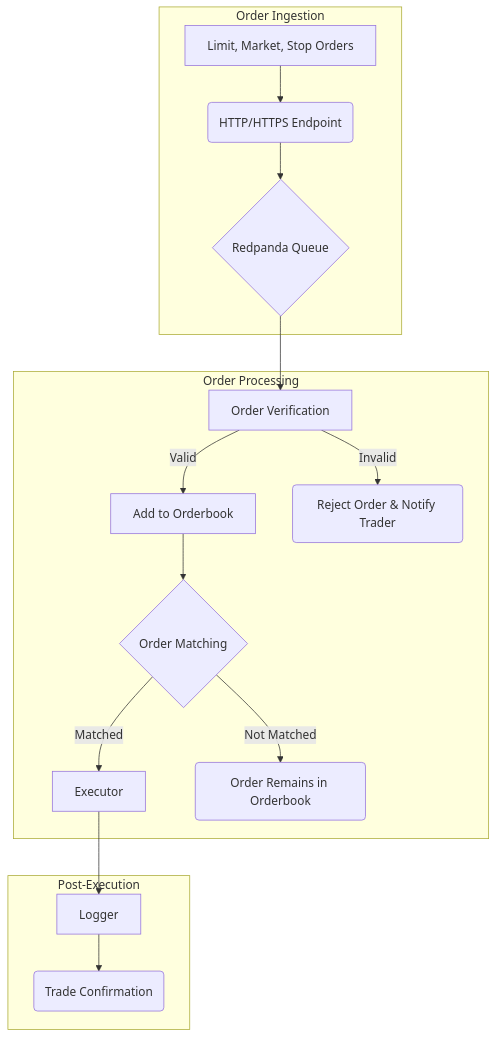
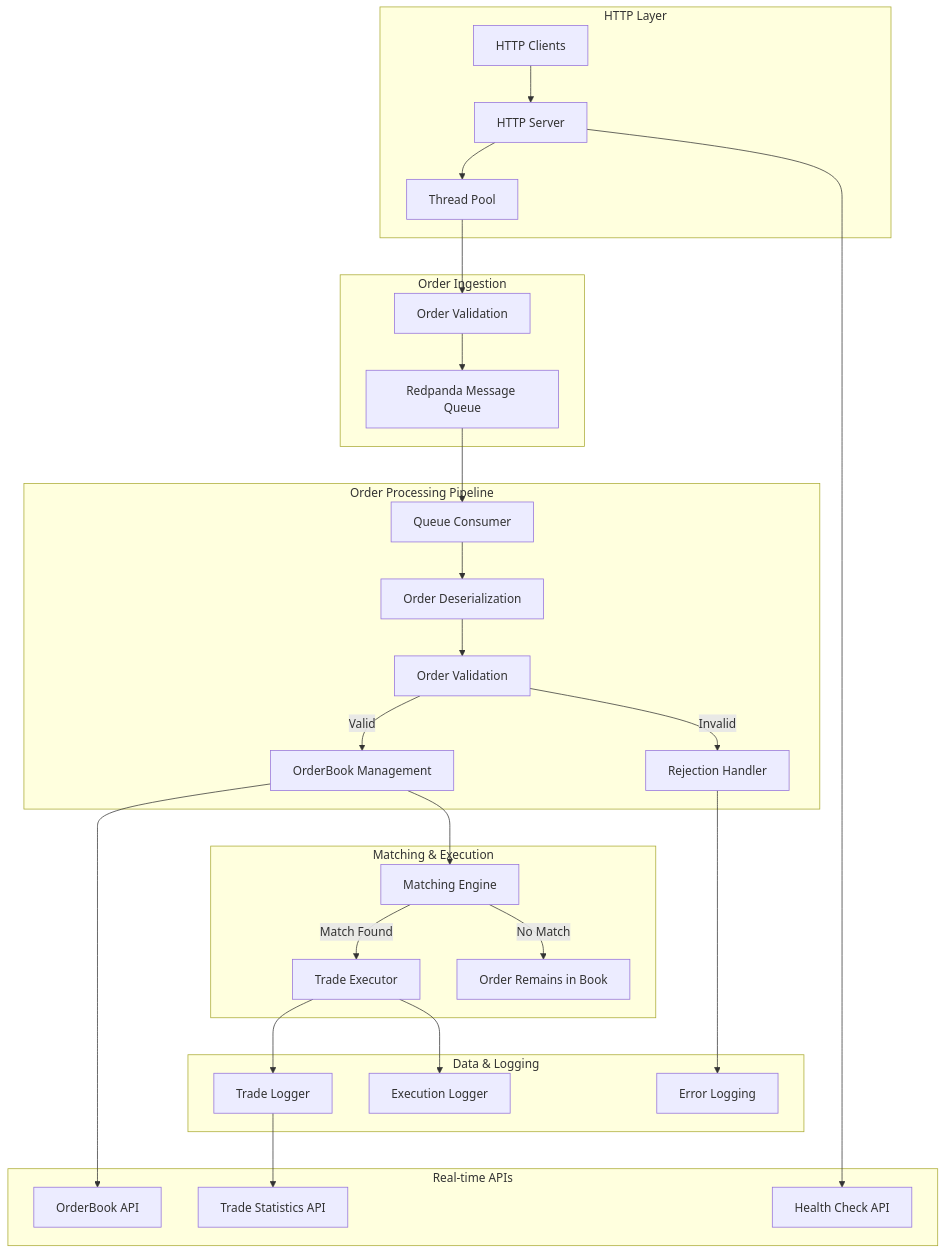
One commit to ACquantclub/live-trading-engine changed the diagram in README.md. Above: the diagram before and after it, drawn with Mermaid. The commit also changed other lines of this file and 1 other file, not shown here.

````diff
--- a/README.md
+++ b/README.md
@@ -5,21 +10,38 @@
 ```mermaid
 graph TD
-    subgraph Order Ingestion
-        A[Limit, Market, Stop Orders] --> B(HTTP/HTTPS Endpoint)
-        B --> C{Redpanda Queue}
+    subgraph "HTTP Layer"
+        A[HTTP Clients] --> B[HTTP Server]
+        B --> C[Thread Pool]
     end
 
-    subgraph Order Processing
-        C --> D[Order Verification]
-        D -- Valid --> E[Add to Orderbook]
-        D -- Invalid --> F(Reject Order & Notify Trader)
-        E --> G{Order Matching}
-        G -- Matched --> H[Executor]
-        G -- Not Matched --> I(Order Remains in Orderbook)
+    subgraph "Order Ingestion"
+        C --> D[Order Validation]
+        D --> E[Redpanda Message Queue]
     end
 
-    subgraph Post-Execution
-        H --> J[Logger]
-        J --> K(Trade Confirmation)
+    subgraph "Order Processing Pipeline"
+        E --> F[Queue Consumer]
+        F --> G[Order Deserialization]
+        G --> H[Order Validation]
+        H -- Valid --> I[OrderBook Management]
+        H -- Invalid --> J[Rejection Handler]
+    end
+
+    subgraph "Matching & Execution"
+        I --> K[Matching Engine]
+        K -- Match Found --> L[Trade Executor]
+        K -- No Match --> M[Order Remains in Book]
+    end
+    
+    subgraph "Data & Logging"
+        L --> N[Trade Logger]
+        L --> O[Execution Logger]
+        J --> R[Error Logging]
+    end
+
+    subgraph "Real-time APIs"
+        I --> S[OrderBook API]
+        N --> T[Trade Statistics API]
+        B --> U[Health Check API]
     end
 ```
````
